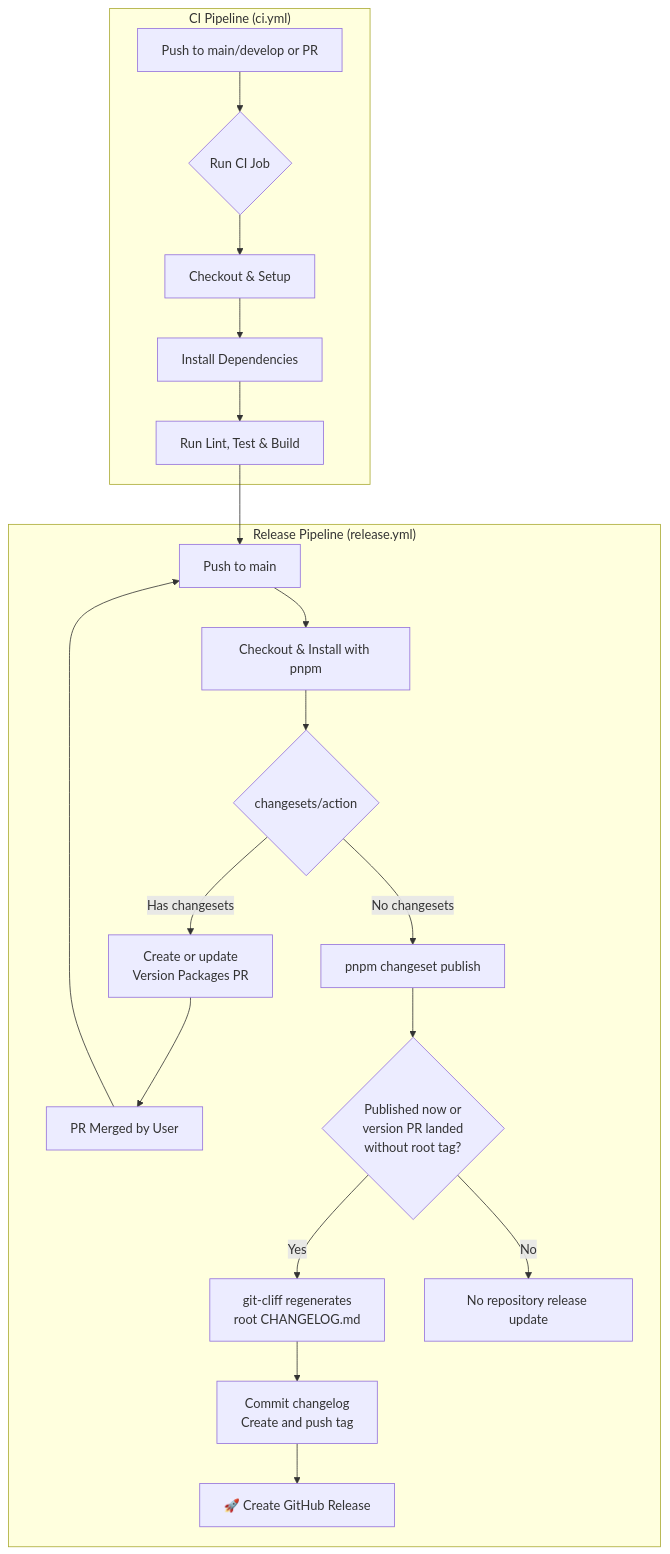
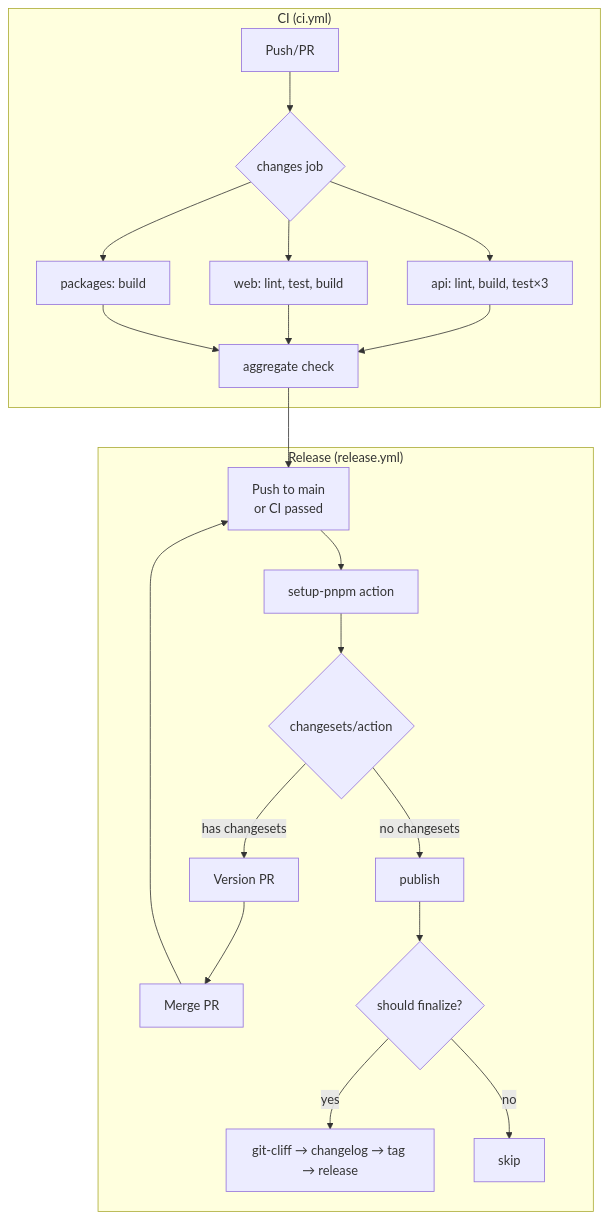
Before and after one commit to ClinWise/release-scribe: the diagram in README.md, drawn with Mermaid. The commit also changed other lines of this file and 7 other files, not shown here.

````diff
--- a/README.md
+++ b/README.md
@@ -78,26 +58,24 @@
 ```mermaid
 graph TD
-    subgraph "CI Pipeline (ci.yml)"
-        A[Push to main/develop or PR] --> B{Run CI Job};
-        B --> C[Checkout & Setup];
-        C --> D[Install Dependencies];
-        D --> E[Run Lint, Test & Build];
+    subgraph "CI (ci.yml)"
+        A[Push/PR] --> B{changes job};
+        B --> C1[api: lint, build, test×3];
+        B --> C2[web: lint, test, build];
+        B --> C3[packages: build];
+        C1 & C2 & C3 --> D[aggregate check];
     end
 
-    subgraph "Release Pipeline (release.yml)"
-        F[Push to main] --> G[Checkout & Install with pnpm];
-        G --> H{changesets/action};
-        H -- Has changesets --> I["Create or update<br/>Version Packages PR"];
-        I --> J[PR Merged by User];
-
-        H -- No changesets --> K["pnpm changeset publish"];
-        K --> L{"Published now or<br/>version PR landed<br/>without root tag?"};
-        L -- Yes --> M["git-cliff regenerates<br/>root CHANGELOG.md"];
-        L -- No --> O["No repository release update"];
-        M --> P["Commit changelog<br/>Create and push tag"];
-        P --> N[🚀 Create GitHub Release];
+    subgraph "Release (release.yml)"
+        E[Push to main<br/>or CI passed] --> F[setup-pnpm action];
+        F --> G{changesets/action};
+        G -->|has changesets| H[Version PR];
+        H --> I[Merge PR];
+        G -->|no changesets| J[publish];
+        J --> K{should finalize?};
+        K -->|yes| L[git-cliff → changelog → tag → release];
+        K -->|no| M[skip];
     end
 
-    E --> F;
-    J --> F;
+    D --> E;
+    I --> E;
 ```
````
